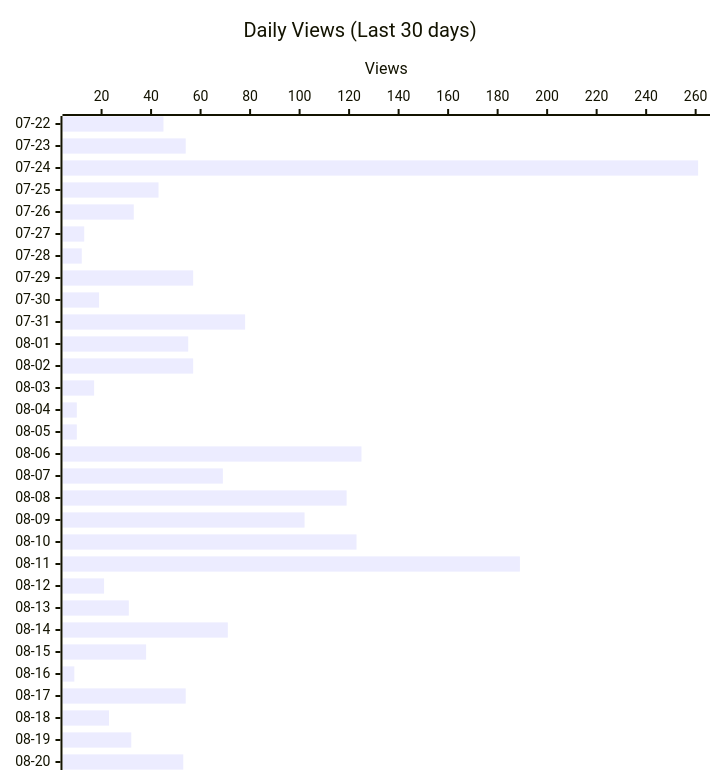
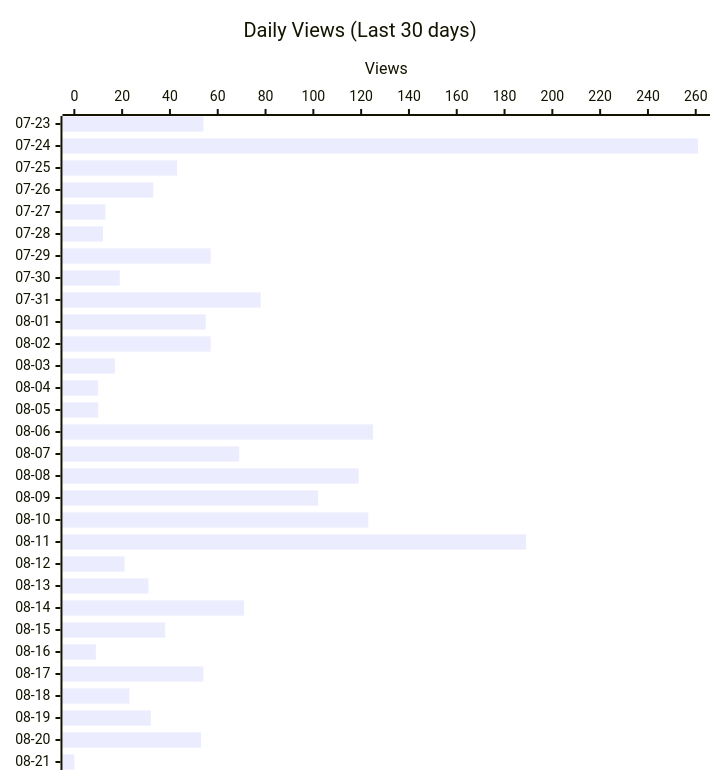
The second of 4 diagrams in README.md (shigechika/github-insights), drawn with Mermaid before and after one commit. The commit also changed other lines of this file and 2 other files, not shown here.

````diff
--- a/README.md
+++ b/README.md
@@ -28,12 +28,12 @@
 ```mermaid
 ---
 config:
   xyChart:
     height: 760
 ---
 xychart-beta horizontal
     title "Daily Views (Last 30 days)"
-    x-axis ["07-22", "07-23", "07-24", "07-25", "07-26", "07-27", "07-28", "07-29", "07-30", "07-31", "08-01", "08-02", "08-03", "08-04", "08-05", "08-06", "08-07", "08-08", "08-09", "08-10", "08-11", "08-12", "08-13", "08-14", "08-15", "08-16", "08-17", "08-18", "08-19", "08-20"]
+    x-axis ["07-23", "07-24", "07-25", "07-26", "07-27", "07-28", "07-29", "07-30", "07-31", "08-01", "08-02", "08-03", "08-04", "08-05", "08-06", "08-07", "08-08", "08-09", "08-10", "08-11", "08-12", "08-13", "08-14", "08-15", "08-16", "08-17", "08-18", "08-19", "08-20", "08-21"]
     y-axis "Views"
-    bar [45, 54, 261, 43, 33, 13, 12, 57, 19, 78, 55, 57, 17, 10, 10, 125, 69, 119, 102, 123, 189, 21, 31, 71, 38, 9, 54, 23, 32, 53]
+    bar [54, 261, 43, 33, 13, 12, 57, 19, 78, 55, 57, 17, 10, 10, 125, 69, 119, 102, 123, 189, 21, 31, 71, 38, 9, 54, 23, 32, 53, 0]
 ```
````
